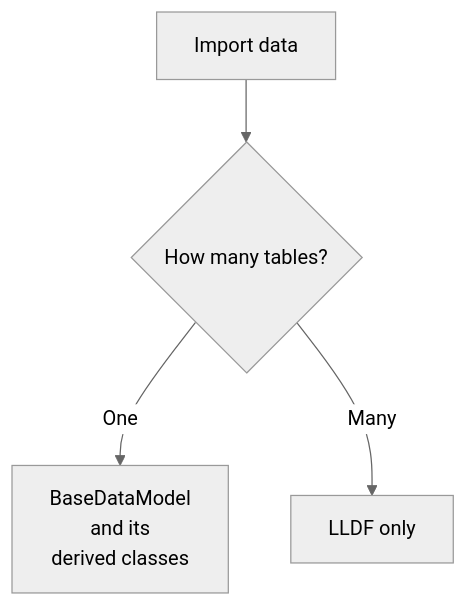
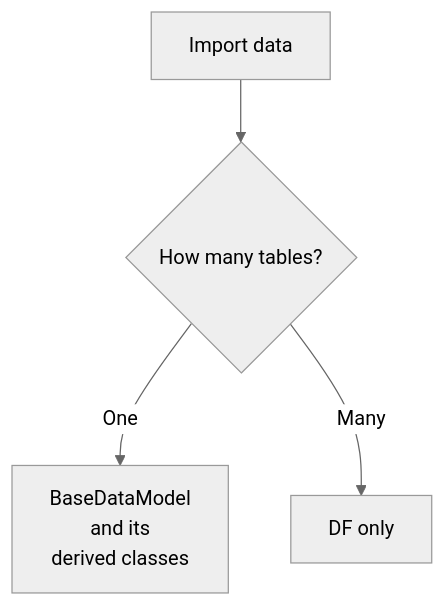
Before and after one commit to f-aguzzi/ChemFuseKit: the second of 2 diagrams in docs/cookbook/data-operations.md, drawn with Mermaid (neutral theme). The commit also changed other lines of this file and 14 other files, not shown here.

````diff
--- a/docs/cookbook/data-operations.md
+++ b/docs/cookbook/data-operations.md
@@ -45,6 +44,6 @@
 ```mermaid
 flowchart TD
     A[Import data] --> B{How many tables?}
     B --> |One| C[BaseDataModel\nand its\nderived classes]
-    B --> |Many| D[LLDF only]
+    B --> |Many| D[DF only]
 ```
````
